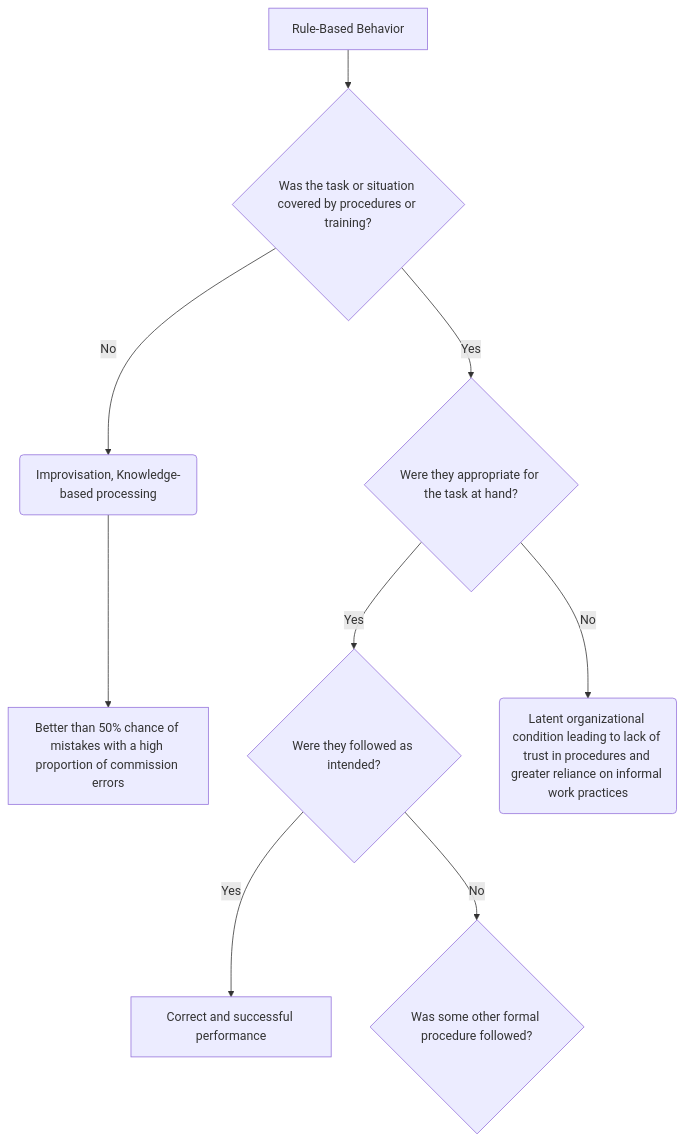
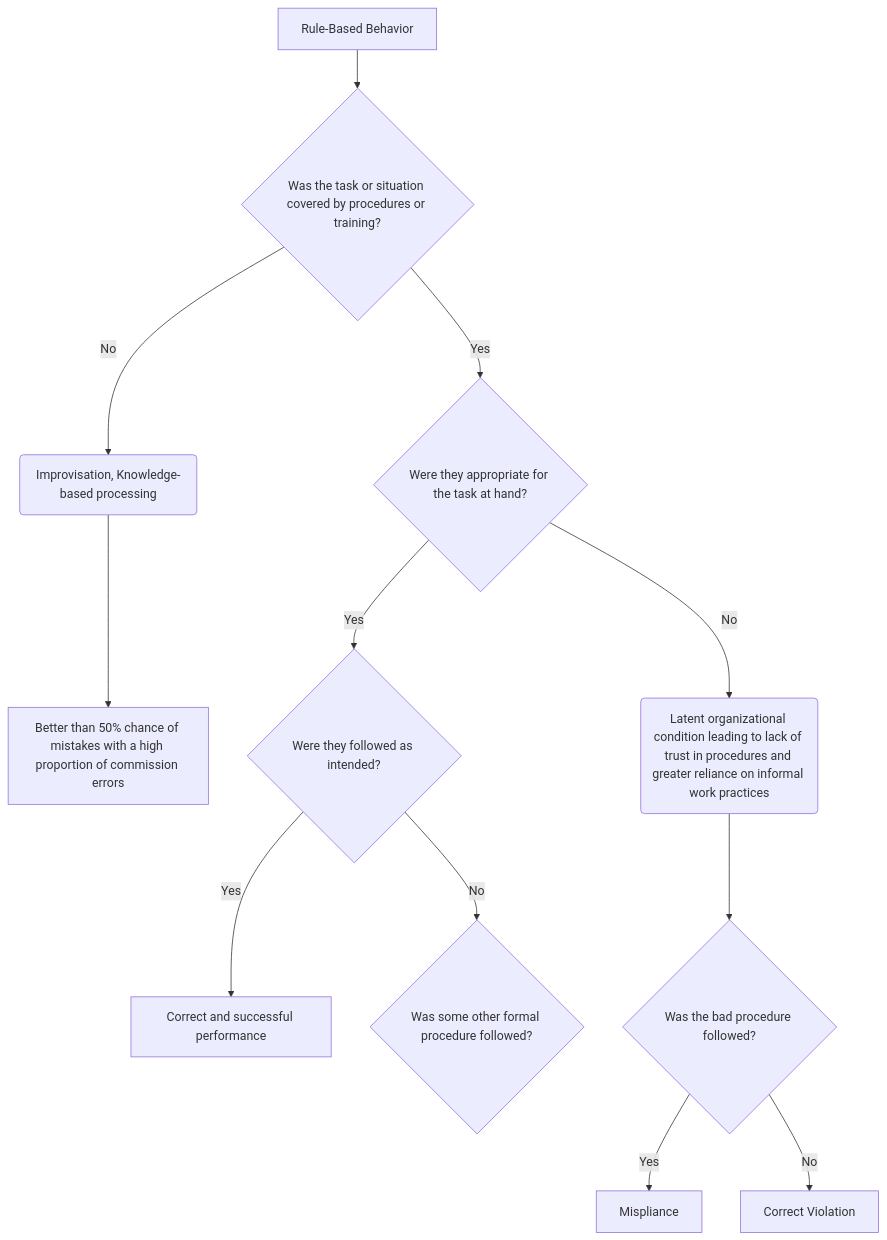
Before and after one commit to SMGarciaDBA/Regulatory-Systems-Lab: the diagram in models/reason-rule-behavior.md, drawn with Mermaid.

````diff
--- a/models/reason-rule-behavior.md
+++ b/models/reason-rule-behavior.md
@@ -1,18 +1,21 @@
 ```mermaid
 flowchart TD
 A[Rule-Based Behavior] --> B{Was the task or situation covered by procedures or training?}
 
 B --> |Yes| C{Were they appropriate for the task at hand?}
 B --> |No| D(Improvisation, Knowledge-based processing)
 D --> E[Better than 50% chance of mistakes with a high proportion of commission errors]
 
 C --> |Yes| F{Were they followed as intended?}
 C --> |No| G(Latent organizational condition leading to lack of trust in procedures and greater reliance on informal work practices)
 
 F --> |Yes| H[Correct and successful performance]
 F --> |No| I{Was some other formal procedure followed?}
 
+G --> J{Was the bad procedure followed?}
+J -->|Yes| K[Mispliance]
+J -->|No| L[Correct Violation]
 
 
 
 ```
````
